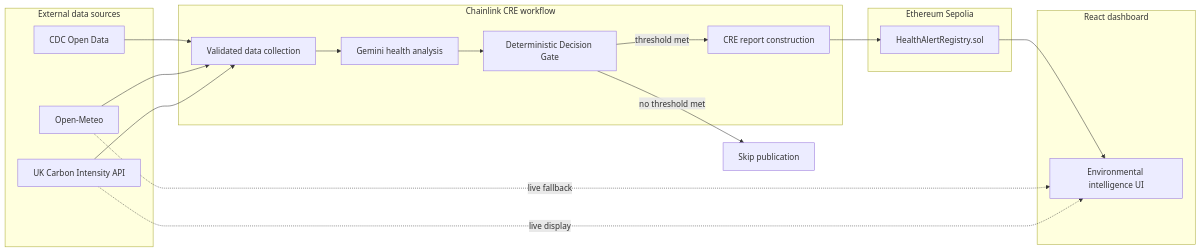
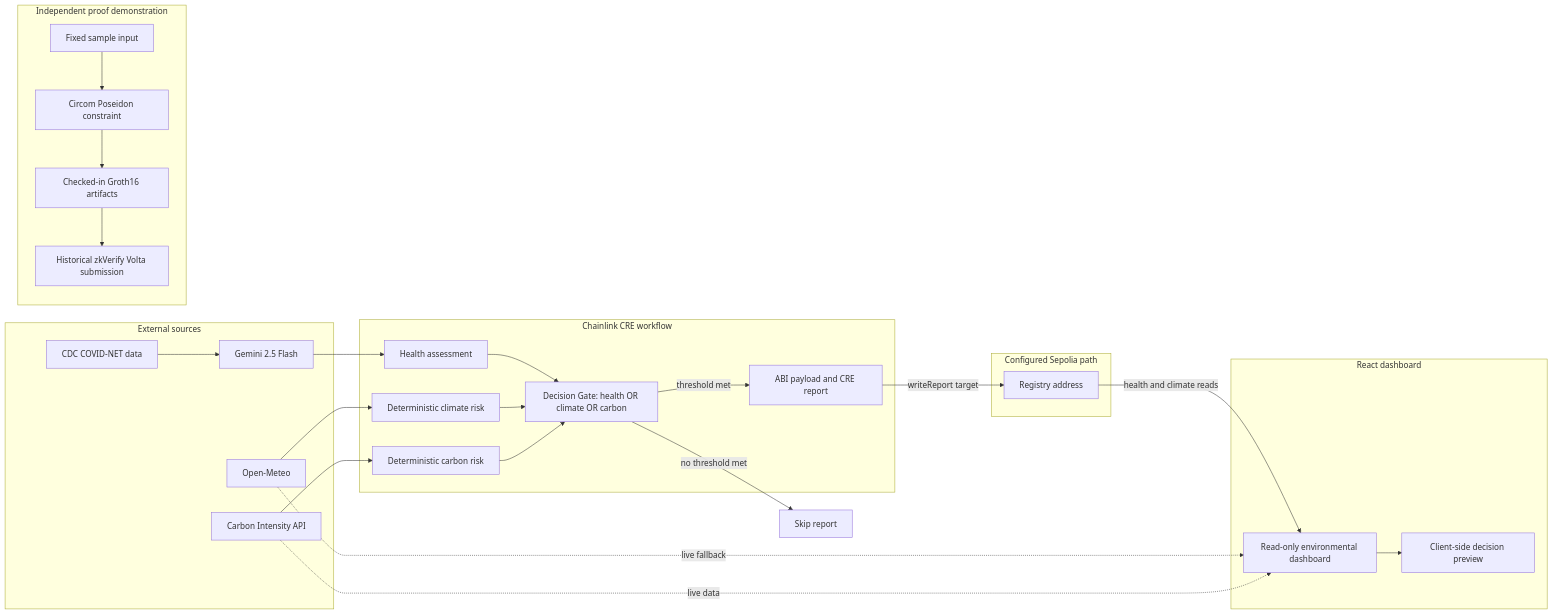
One commit to cosmicoral/Environmental-Health-Intelligence-Agent changed the diagram in README.md. Above: the diagram before and after it, drawn with Mermaid. The commit also changed other lines of this file and 46 other files, not shown here.

````diff
--- a/README.md
+++ b/README.md
@@ -65,35 +50,43 @@
 ```mermaid
 flowchart LR
-    subgraph Sources["External data sources"]
-        CDC["CDC Open Data"]
+    subgraph Sources["External sources"]
+        CDC["CDC COVID-NET data"]
         Weather["Open-Meteo"]
-        Carbon["UK Carbon Intensity API"]
+        Carbon["Carbon Intensity API"]
+        Gemini["Gemini 2.5 Flash"]
     end
 
-    subgraph CRE["Chainlink CRE workflow"]
-        Collect["Validated data collection"]
-        Gemini["Gemini health analysis"]
-        Rules["Deterministic Decision Gate"]
-        Report["CRE report construction"]
+    subgraph Workflow["Chainlink CRE workflow"]
+        Health["Health assessment"]
+        Climate["Deterministic climate risk"]
+        ESG["Deterministic carbon risk"]
+        Gate["Decision Gate: health OR climate OR carbon"]
+        Report["ABI payload and CRE report"]
     end
 
-    subgraph Ethereum["Ethereum Sepolia"]
-        Registry["HealthAlertRegistry.sol"]
+    subgraph Ethereum["Configured Sepolia path"]
+        Registry["Registry address"]
     end
 
-    subgraph UI["React dashboard"]
-        Dashboard["Environmental intelligence UI"]
+    subgraph Frontend["React dashboard"]
+        UI["Read-only environmental dashboard"]
+        Preview["Client-side decision preview"]
     end
 
-    CDC --> Collect
-    Weather --> Collect
-    Carbon --> Collect
-    Collect --> Gemini
-    Gemini --> Rules
-    Rules -->|"threshold met"| Report
-    Rules -->|"no threshold met"| Skip["Skip publication"]
-    Report --> Registry
-    Registry --> Dashboard
-    Weather -. "live fallback" .-> Dashboard
-    Carbon -. "live display" .-> Dashboard
+    CDC --> Gemini --> Health --> Gate
+    Weather --> Climate --> Gate
+    Carbon --> ESG --> Gate
+    Gate -->|"threshold met"| Report
+    Gate -->|"no threshold met"| Skip["Skip report"]
+    Report -->|"writeReport target"| Registry
+    Registry -->|"health and climate reads"| UI
+    Weather -.->|"live fallback"| UI
+    Carbon -.->|"live data"| UI
+    UI --> Preview
+
+    subgraph ProofDemo["Independent proof demonstration"]
+        Input["Fixed sample input"] --> Circuit["Circom Poseidon constraint"]
+        Circuit --> Artifacts["Checked-in Groth16 artifacts"]
+        Artifacts --> Volta["Historical zkVerify Volta submission"]
+    end
 ```
````
